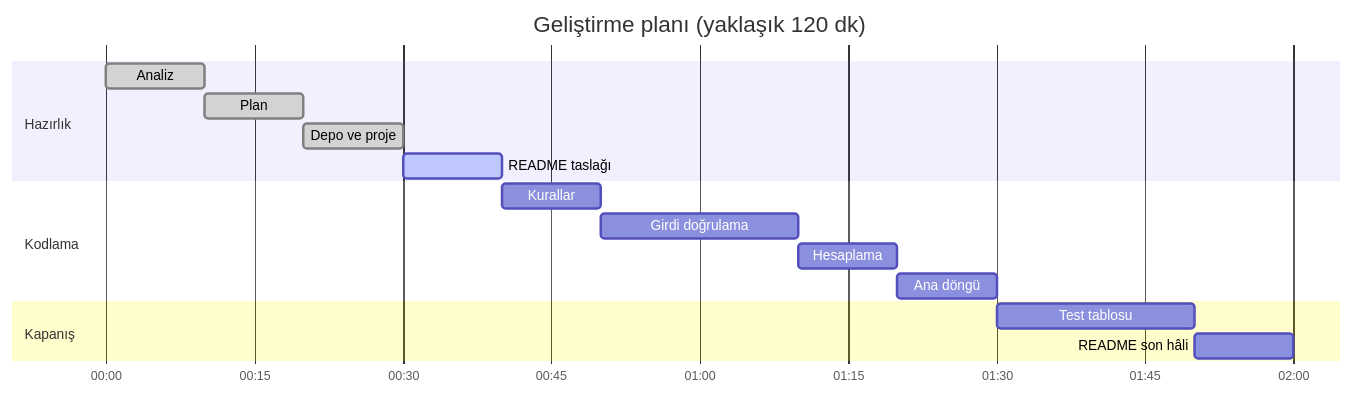
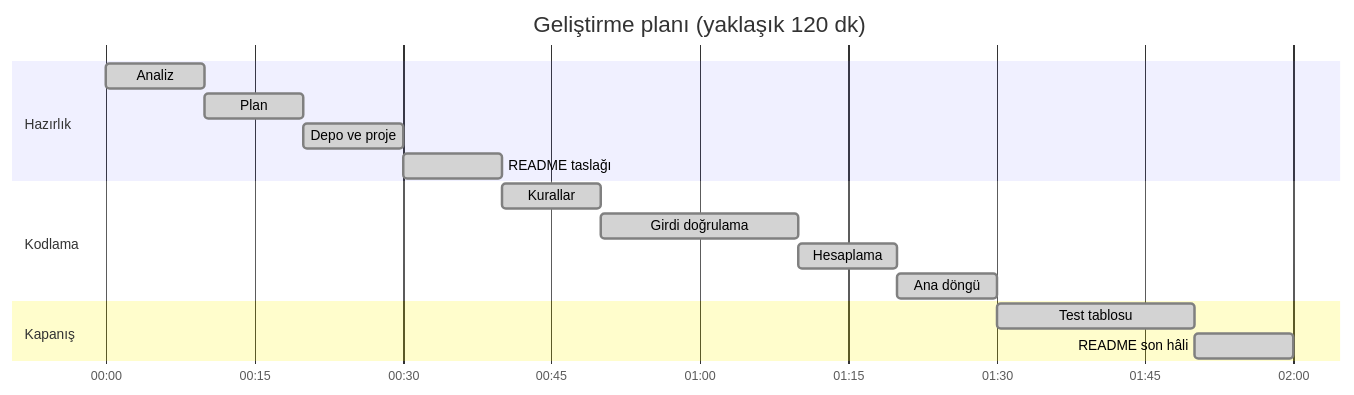
The diagram in README.md (ozgurozertv-hub/ismakinesi-kira-hesap), drawn with Mermaid before and after one commit. The commit also changed other lines of this file, not shown here.

Commit message:
README tamamlandı

````diff
--- a/README.md
+++ b/README.md
@@ -58,19 +60,19 @@
 ```mermaid
 gantt
     title Geliştirme planı (yaklaşık 120 dk)
     dateFormat HH:mm
     axisFormat %H:%M
     section Hazırlık
     Analiz              :done, a1, 00:00, 10m
     Plan                :done, a2, after a1, 10m
     Depo ve proje       :done, a3, after a2, 10m
-    README taslağı      :active, a4, after a3, 10m
+    README taslağı      :done, a4, after a3, 10m
     section Kodlama
-    Kurallar            :a5, after a4, 10m
-    Girdi doğrulama     :a6, after a5, 20m
-    Hesaplama           :a7, after a6, 10m
-    Ana döngü           :a8, after a7, 10m
+    Kurallar            :done, a5, after a4, 10m
+    Girdi doğrulama     :done, a6, after a5, 20m
+    Hesaplama           :done, a7, after a6, 10m
+    Ana döngü           :done, a8, after a7, 10m
     section Kapanış
-    Test tablosu        :a9, after a8, 20m
-    README son hâli     :a10, after a9, 10m
+    Test tablosu        :done, a9, after a8, 20m
+    README son hâli     :done, a10, after a9, 10m
 ```
````
